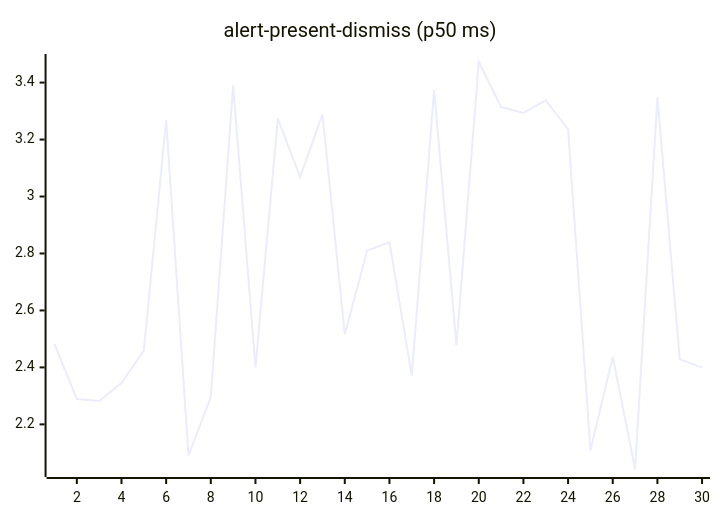
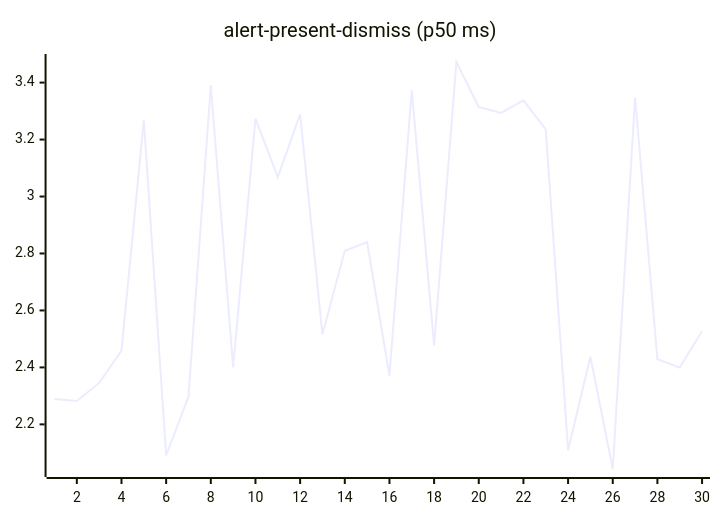
One commit to josha/Facet changed the second of 27 diagrams in README.md. Above: the diagram before and after it, drawn with Mermaid. The commit also changed other lines of this file and 2 other files, not shown here.

````diff
--- a/README.md
+++ b/README.md
@@ -70,6 +70,6 @@
 ```mermaid
 xychart-beta
     title "alert-present-dismiss (p50 ms)"
     x-axis 1 --> 30
-    line [2.4814, 2.2888, 2.2819, 2.3455, 2.4588, 3.2682, 2.0908, 2.2965, 3.3910, 2.4000, 3.2732, 3.0684, 3.2888, 2.5156, 2.8095, 2.8395, 2.3714, 3.3741, 2.4770, 3.4723, 3.3142, 3.2934, 3.3378, 3.2358, 2.1094, 2.4372, 2.0433, 3.3486, 2.4287, 2.3992]
+    line [2.2888, 2.2819, 2.3455, 2.4588, 3.2682, 2.0908, 2.2965, 3.3910, 2.4000, 3.2732, 3.0684, 3.2888, 2.5156, 2.8095, 2.8395, 2.3714, 3.3741, 2.4770, 3.4723, 3.3142, 3.2934, 3.3378, 3.2358, 2.1094, 2.4372, 2.0433, 3.3486, 2.4287, 2.3992, 2.5276]
 ```
````
